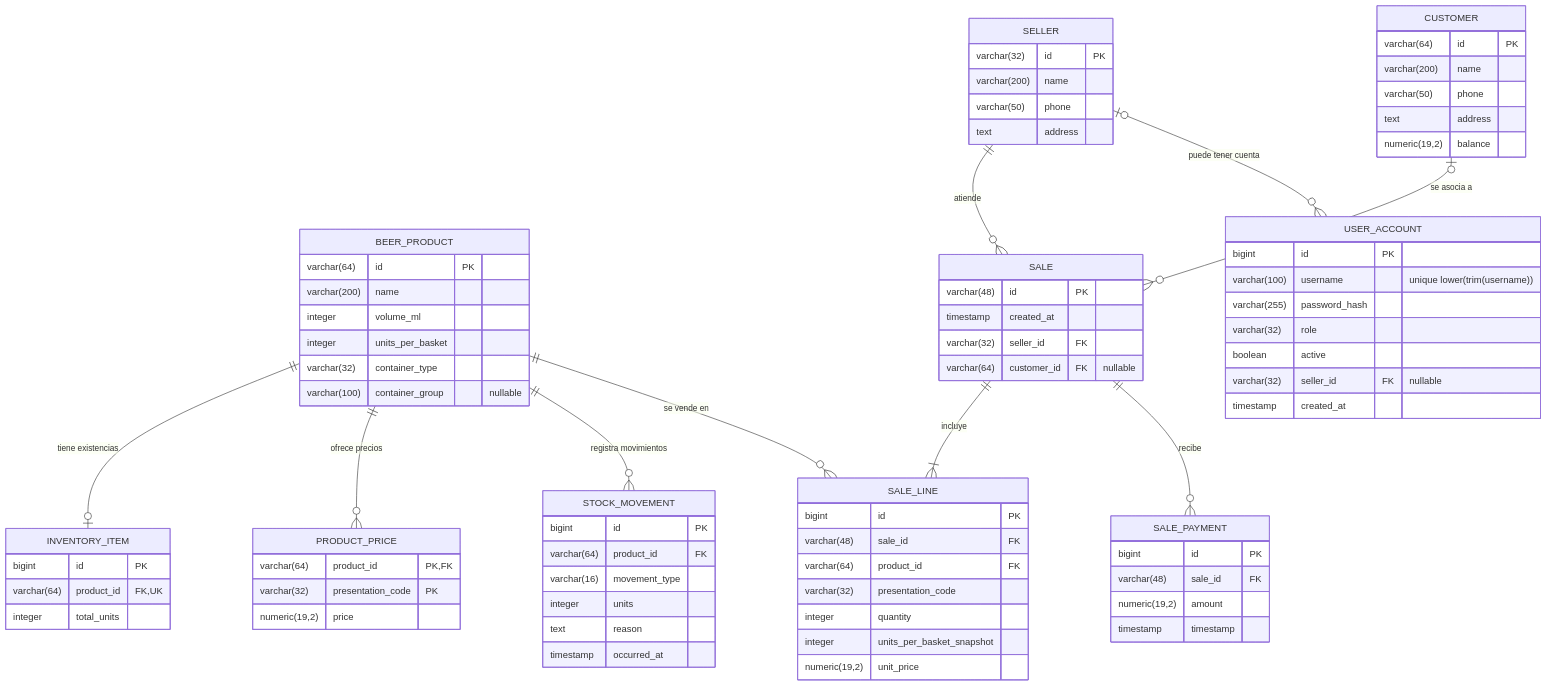
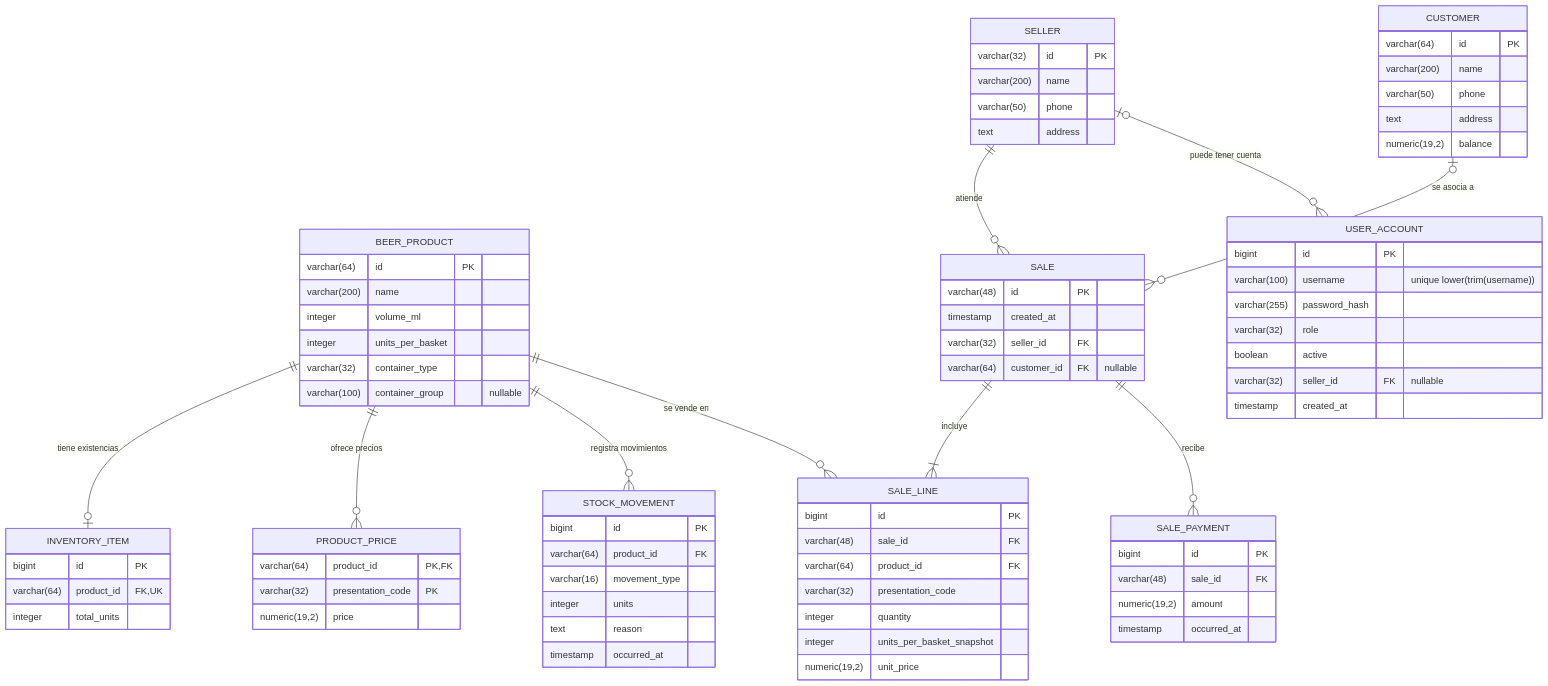
One commit to carloscamelo2008-lang/la-exclusiva-p3 changed the diagram in database/diagrama-er.mmd. Above: the diagram before and after it, drawn with Mermaid.

Commit message:
docs(database): use occurred_at for sale payment timestamp

```diff
--- a/database/diagrama-er.mmd
+++ b/database/diagrama-er.mmd
@@ -1,82 +1,82 @@
 %% Todas las relaciones FK tienen ON DELETE RESTRICT; no se usa borrado en cascada.
 %% timestamp representa PostgreSQL TIMESTAMP WITHOUT TIME ZONE; numeric monetario es NUMERIC(19,2).
 erDiagram
     BEER_PRODUCT ||--o| INVENTORY_ITEM : "tiene existencias"
     BEER_PRODUCT ||--o{ PRODUCT_PRICE : "ofrece precios"
     BEER_PRODUCT ||--o{ STOCK_MOVEMENT : "registra movimientos"
     BEER_PRODUCT ||--o{ SALE_LINE : "se vende en"
     SELLER ||--o{ SALE : "atiende"
     CUSTOMER o|--o{ SALE : "se asocia a"
     SELLER o|--o{ USER_ACCOUNT : "puede tener cuenta"
     SALE ||--|{ SALE_LINE : "incluye"
     SALE ||--o{ SALE_PAYMENT : "recibe"
 
     BEER_PRODUCT {
         varchar(64) id PK
         varchar(200) name
         integer volume_ml
         integer units_per_basket
         varchar(32) container_type
         varchar(100) container_group "nullable"
     }
     PRODUCT_PRICE {
         varchar(64) product_id PK,FK
         varchar(32) presentation_code PK
         numeric(19,2) price
     }
     INVENTORY_ITEM {
         bigint id PK
         varchar(64) product_id FK,UK
         integer total_units
     }
     STOCK_MOVEMENT {
         bigint id PK
         varchar(64) product_id FK
         varchar(16) movement_type
         integer units
         text reason
         timestamp occurred_at
     }
     CUSTOMER {
         varchar(64) id PK
         varchar(200) name
         varchar(50) phone
         text address
         numeric(19,2) balance
     }
     SELLER {
         varchar(32) id PK
         varchar(200) name
         varchar(50) phone
         text address
     }
     SALE {
         varchar(48) id PK
         timestamp created_at
         varchar(32) seller_id FK
         varchar(64) customer_id FK "nullable"
     }
     SALE_LINE {
         bigint id PK
         varchar(48) sale_id FK
         varchar(64) product_id FK
         varchar(32) presentation_code
         integer quantity
         integer units_per_basket_snapshot
         numeric(19,2) unit_price
     }
     SALE_PAYMENT {
         bigint id PK
         varchar(48) sale_id FK
         numeric(19,2) amount
-        timestamp timestamp
+        timestamp occurred_at
     }
     USER_ACCOUNT {
         bigint id PK
         varchar(100) username "unique lower(trim(username))"
         varchar(255) password_hash
         varchar(32) role
         boolean active
         varchar(32) seller_id FK "nullable"
         timestamp created_at
     }
```
